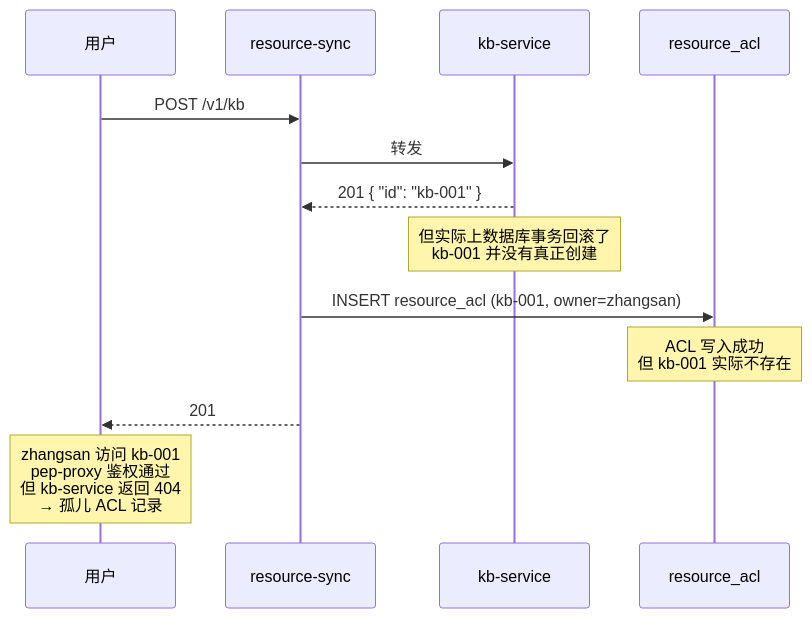
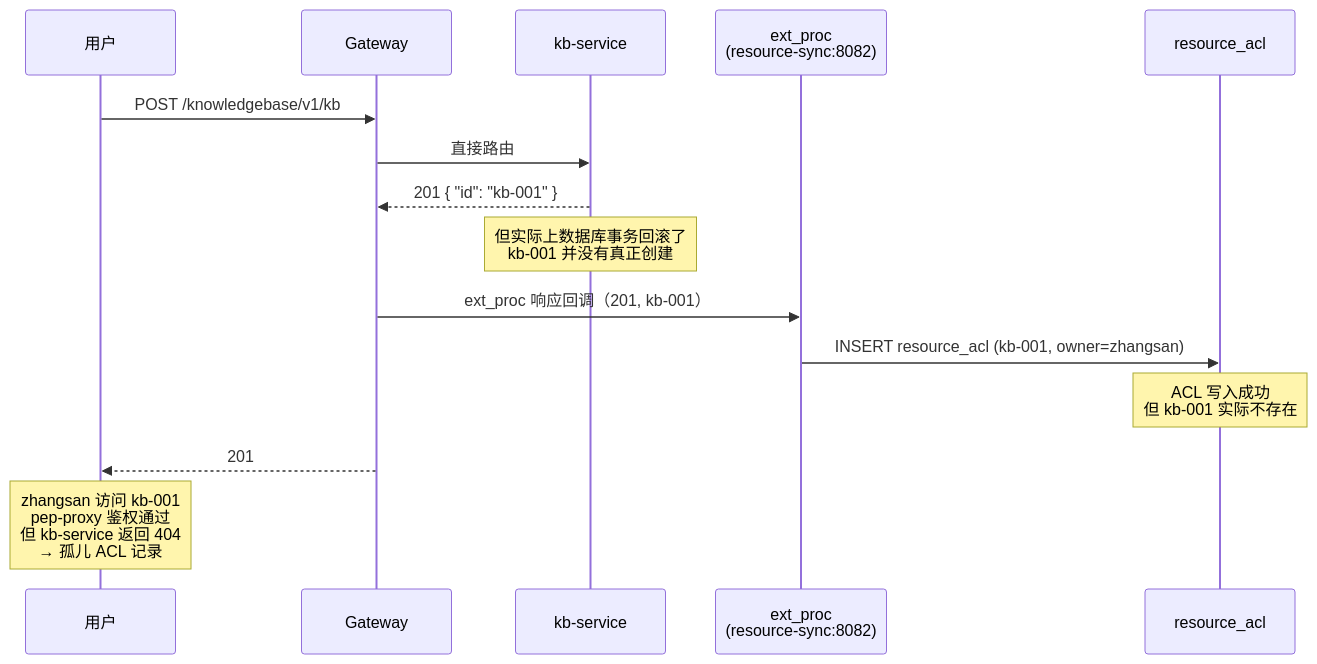
Before and after one commit to xiewanchao/aidp-iam: the eighth of 16 diagrams in diagrams/failure-scenarios.md, drawn with Mermaid. The commit also changed other lines of this file and 5 other files, not shown here.

````diff
--- a/diagrams/failure-scenarios.md
+++ b/diagrams/failure-scenarios.md
@@ -223,19 +306,21 @@
 ```mermaid
 sequenceDiagram
     participant U as 用户
-    participant RS as resource-sync
+    participant GW as Gateway
     participant KB as kb-service
+    participant EP as ext_proc<br/>(resource-sync:8082)
     participant DB as resource_acl
 
-    U->>RS: POST /v1/kb
-    RS->>KB: 转发
-    KB-->>RS: 201 { "id": "kb-001" }
+    U->>GW: POST /knowledgebase/v1/kb
+    GW->>KB: 直接路由
+    KB-->>GW: 201 { "id": "kb-001" }
     Note over KB: 但实际上数据库事务回滚了<br/>kb-001 并没有真正创建
 
-    RS->>DB: INSERT resource_acl (kb-001, owner=zhangsan)
+    GW->>EP: ext_proc 响应回调（201, kb-001）
+    EP->>DB: INSERT resource_acl (kb-001, owner=zhangsan)
     Note over DB: ACL 写入成功<br/>但 kb-001 实际不存在
 
-    RS-->>U: 201
+    GW-->>U: 201
 
     Note over U: zhangsan 访问 kb-001<br/>pep-proxy 鉴权通过<br/>但 kb-service 返回 404<br/>→ 孤儿 ACL 记录
 ```
````
